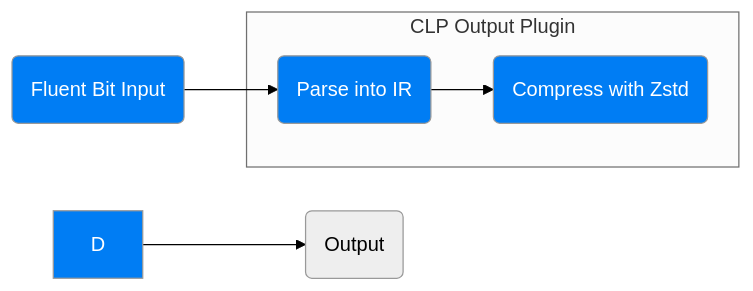
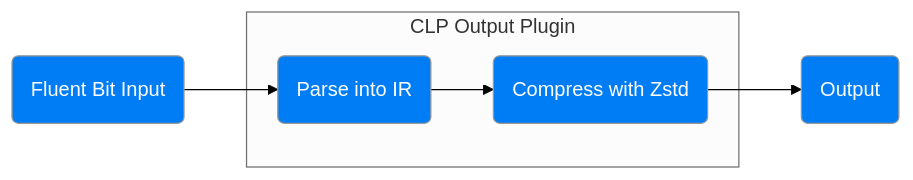
One commit to y-scope/fluent-bit-clp changed the diagram in README.md. Above: the diagram before and after it, drawn with Mermaid.

Commit message:
change var name in diagram

````diff
--- a/README.md
+++ b/README.md
@@ -8,11 +8,11 @@
 ```mermaid
 %%{init: {'theme':'neutral','themeVariables': {'primaryBorderColor': 'black','lineColor': 'black'}}}%%
 flowchart LR
     A(Fluent Bit Input) --> B
     subgraph CLP Output Plugin
     B(Parse into IR) --> C(Compress with Zstd)
     end
-    D --> E(Output)
+    C --> D(Output)
     classDef format fill:#007DF4,color:white
     class A,B,C,D format
 ```
````
